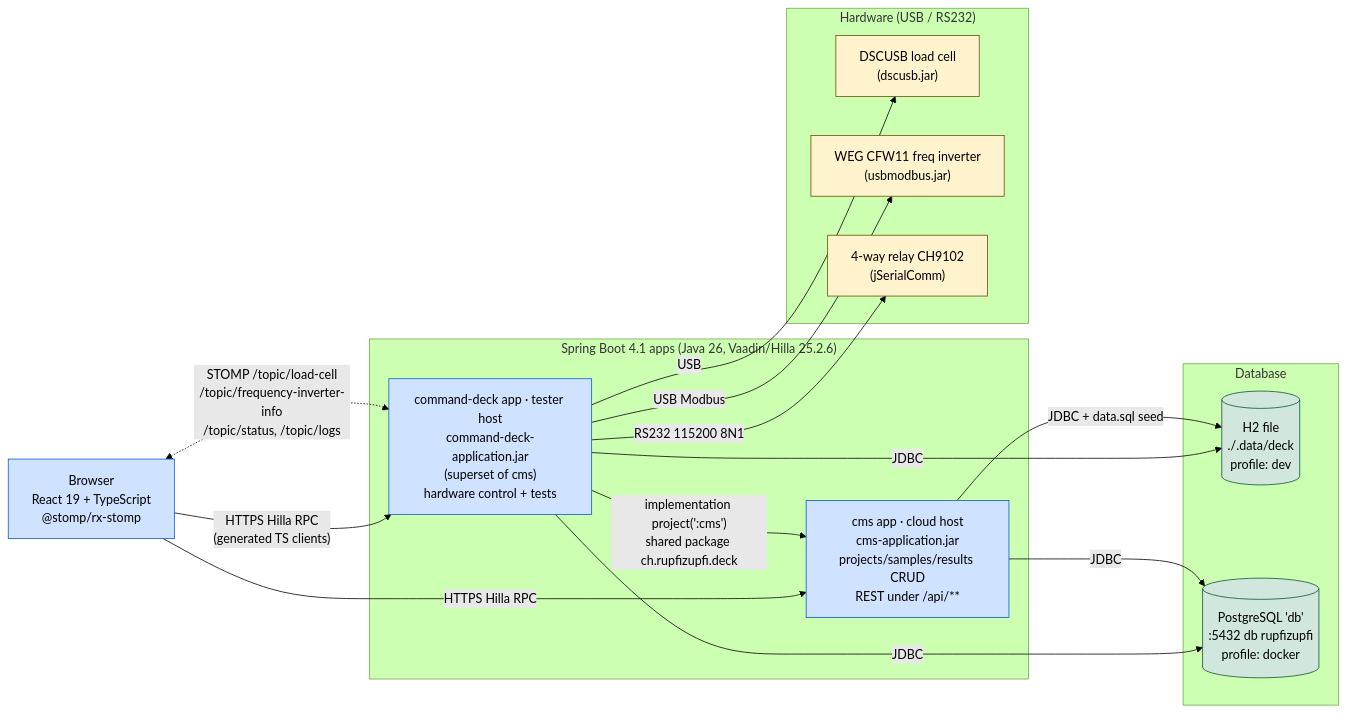
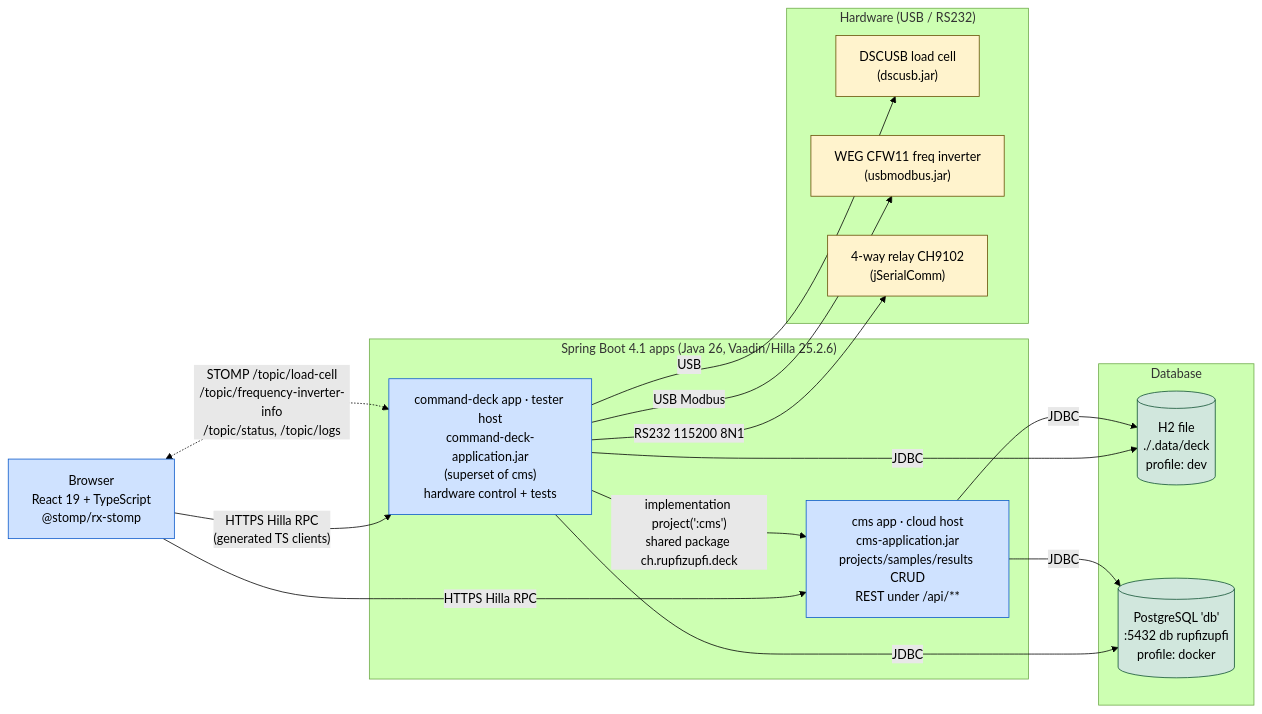
Before and after one commit to rupfizupfi/breaktest-command-deck: the diagram in doc/diagrams/src/c4-container.mmd, drawn with Mermaid (forest theme). The commit also changed 489 other files, not shown here.

```diff
--- a/doc/diagrams/src/c4-container.mmd
+++ b/doc/diagrams/src/c4-container.mmd
@@ -1,40 +1,40 @@
 %% C4 Container diagram for Breaktest Command Deck
 %% Branch: main @ 2026-08-29
 %% Sources: settings.gradle, docker/docker-compose.yaml, application*.properties,
 %%          command-deck/build.gradle (depends on :cms), lib/dscusb.jar
 flowchart LR
     BR["Browser<br/>React 19 + TypeScript<br/>@stomp/rx-stomp"]:::container
 
     subgraph Apps["Spring Boot 4.1 apps (Java 26, Vaadin/Hilla 25.2.6)"]
         DECK["command-deck app · tester host<br/>command-deck-application.jar<br/>(superset of cms)<br/>hardware control + tests"]:::container
         CMS["cms app · cloud host<br/>cms-application.jar<br/>projects/samples/results CRUD<br/>REST under /api/**"]:::container
     end
 
     subgraph DB["Database"]
         H2[("H2 file<br/>./.data/deck<br/>profile: dev")]:::store
         PG[("PostgreSQL 'db'<br/>:5432 db rupfizupfi<br/>profile: docker")]:::store
     end
 
     subgraph HW["Hardware (USB / RS232)"]
         LC["DSCUSB load cell<br/>(dscusb.jar)"]:::hw
         CFW["WEG CFW11 freq inverter<br/>(usbmodbus.jar)"]:::hw
         REL["4-way relay CH9102<br/>(jSerialComm)"]:::hw
     end
 
     BR -- "HTTPS Hilla RPC<br/>(generated TS clients)" --> DECK
     BR -- "HTTPS Hilla RPC" --> CMS
     BR <-. "STOMP /topic/load-cell<br/>/topic/frequency-inverter-info<br/>/topic/status, /topic/logs" .-> DECK
 
     DECK -- "implementation project(':cms')<br/>shared package ch.rupfizupfi.deck" --> CMS
     DECK -- "JDBC" --> H2
     DECK -- "JDBC" --> PG
-    CMS -- "JDBC + data.sql seed" --> H2
+    CMS -- "JDBC" --> H2
     CMS -- "JDBC" --> PG
 
     DECK -- "USB" --> LC
     DECK -- "USB Modbus" --> CFW
     DECK -- "RS232 115200 8N1" --> REL
 
     classDef container fill:#cfe2ff,stroke:#0a58ca
     classDef store fill:#d1e7dd,stroke:#0f5132
     classDef hw fill:#fff3cd,stroke:#664d03
```
